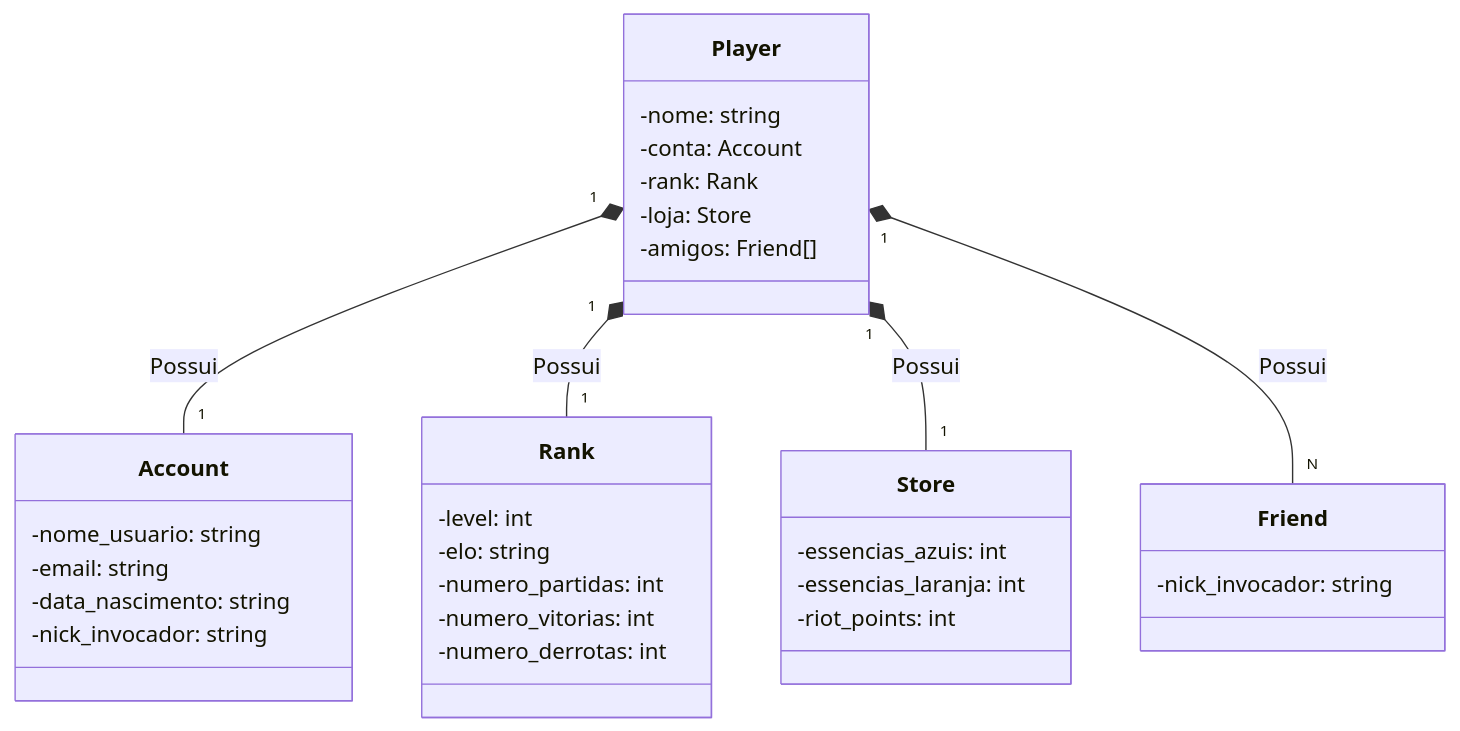
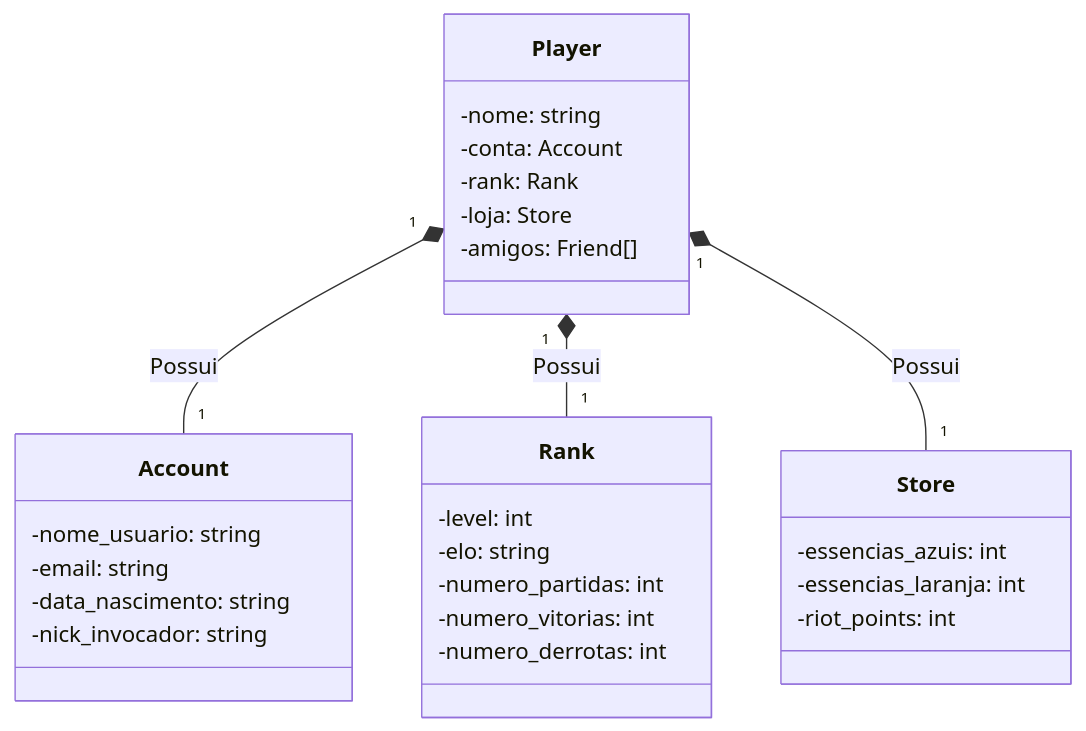
The diagram in README.md (AlvaroBaffi/DesafioAPIRestNaNuvem), drawn with Mermaid before and after one commit.

````diff
--- a/README.md
+++ b/README.md
@@ -4,41 +4,36 @@
 ```mermaid
 classDiagram
     class Player {
         -nome: string
         -conta: Account
         -rank: Rank
         -loja: Store
         -amigos: Friend[]       
     }
 
     class Account {
         -nome_usuario: string
         -email: string
         -data_nascimento: string
         -nick_invocador: string
     }
 
     class Rank {
         -level: int
         -elo: string
         -numero_partidas: int
         -numero_vitorias: int
         -numero_derrotas: int
     }
 
     class Store {
         -essencias_azuis: int
         -essencias_laranja: int
         -riot_points: int
-    }
-
-    class Friend {
-        -nick_invocador: string
-    }    
+    }      
 
     Player "1" *-- "1" Account : Possui
     Player "1" *-- "1" Rank : Possui
-    Player "1" *-- "1" Store : Possui
-    Player "1" *-- "N" Friend : Possui
+    Player "1" *-- "1" Store : Possui   
 
 ```
````
